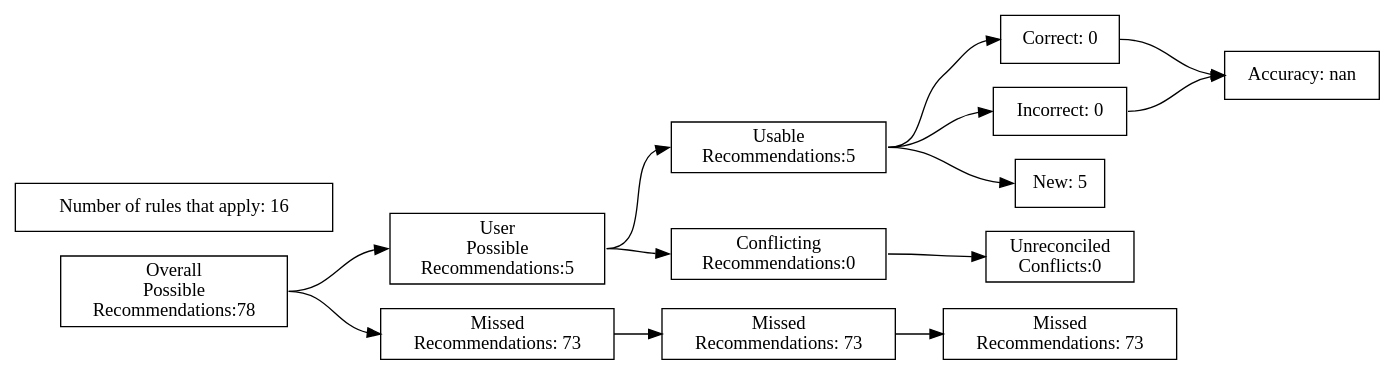
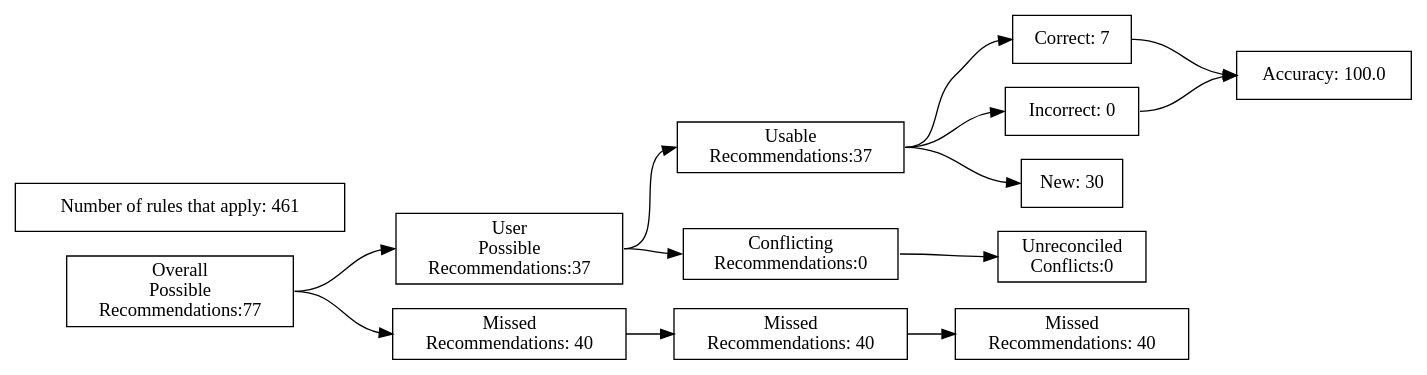
One commit to ZaxR/ibd_diet_analysis changed the diagram in test_renders/88.gv. Above: the diagram before and after it, drawn with Graphviz. The commit also changed 224 other files, not shown here.

Commit message:
Add model summary chart; fix typos

```diff
--- a/test_renders/88.gv
+++ b/test_renders/88.gv
@@ -1,40 +1,40 @@
 digraph {
 	graph [rankdir=LR]
 	node [pos=r shape=box]
 	edge [headport=w tailport=e]
 		A [label="Overall
 Possible
-Recommendations:78"]
+Recommendations:77"]
 		B [label="User
 Possible
-Recommendations:5"]
+Recommendations:37"]
 		C [label="Missed
-Recommendations: 73"]
+Recommendations: 40"]
 		D [label="Usable
-Recommendations:5"]
+Recommendations:37"]
 		E [label="Conflicting
 Recommendations:0"]
 		J [label="Missed
-Recommendations: 73"]
+Recommendations: 40"]
 		M [label="Unreconciled
 Conflicts:0"]
-		F [label="Correct: 0"]
+		F [label="Correct: 7"]
 		G [label="Incorrect: 0"]
-		H [label="New: 5"]
+		H [label="New: 30"]
 		K [label="Missed
-Recommendations: 73"]
-		I [label="Accuracy: nan"]
-		l [label="Number of rules that apply: 16"]
+Recommendations: 40"]
+		I [label="Accuracy: 100.0"]
+		l [label="Number of rules that apply: 461"]
 			A -> B
 			A -> C
 			B -> D
 			B -> E
 			D -> F
 			D -> G
 			D -> H
 			F -> I
 			G -> I
 			C -> J
 			J -> K
 			E -> M
 }
```
